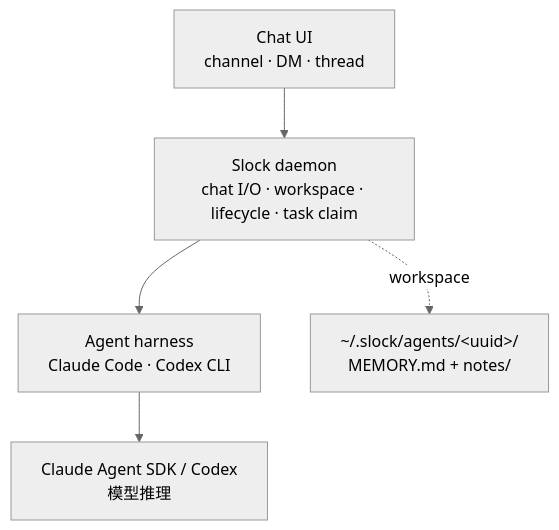
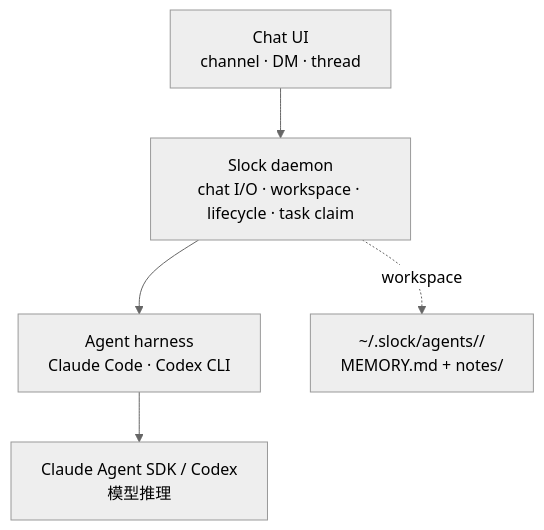
The first of 5 diagrams in source/_posts/slock-ai-chat-as-substrate.md (TCoherence/TCoherence.github.io), drawn with Mermaid (neutral theme) before and after one commit. The commit also changed other lines of this file and 1 other file, not shown here.

First line of the commit message:
docs: 更新slock-ai-chat-as-substrate文章内容与图片

````diff
--- a/source/_posts/slock-ai-chat-as-substrate.md
+++ b/source/_posts/slock-ai-chat-as-substrate.md
@@ -48,7 +46,7 @@
 ```mermaid
-graph TB
+ graph TB
  A["Chat UI<br/>channel · DM · thread"] --> B["Slock daemon<br/>chat I/O · workspace · lifecycle · task claim"]
  B --> C["Agent harness<br/>Claude Code · Codex CLI"]
  C --> D["Claude Agent SDK / Codex<br/>模型推理"]
- B -.workspace.-> E["~/.slock/agents/&lt;uuid&gt;/<br/>MEMORY.md + notes/"]
+ B -.workspace.-> E["~/.slock/agents/<uuid>/<br/>MEMORY.md + notes/"]
 ```
````
